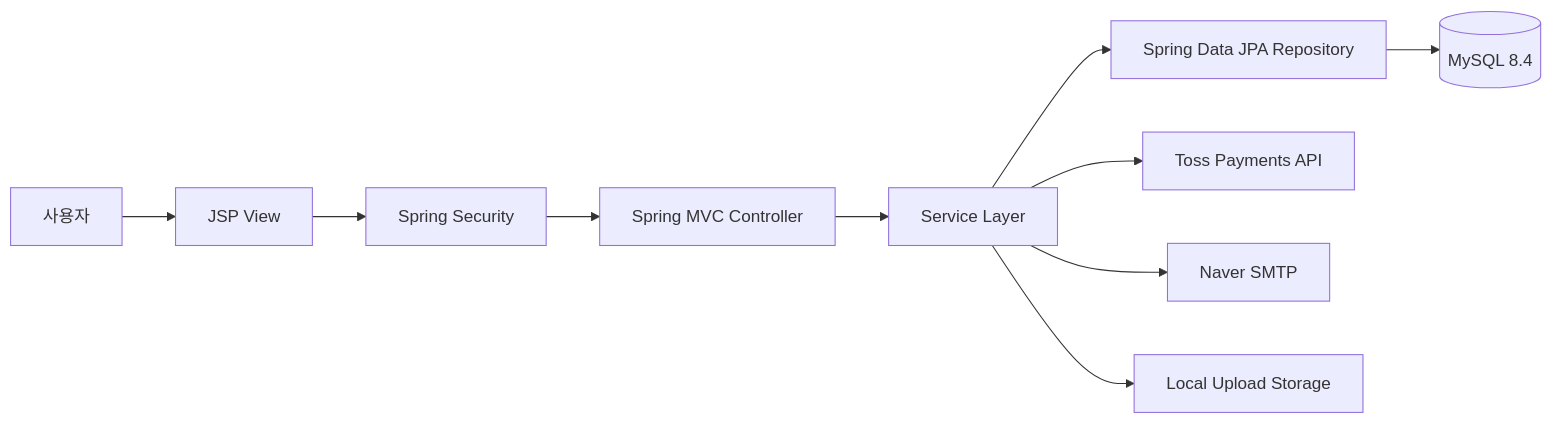
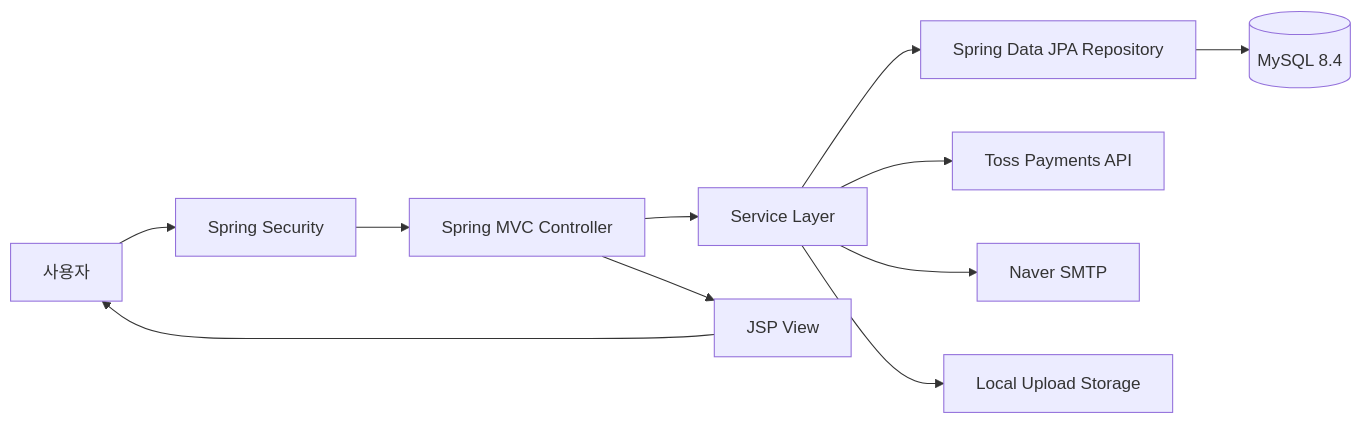
One commit to minwoojoo/CodePressO changed the diagram in README.md. Above: the diagram before and after it, drawn with Mermaid. The commit also changed other lines of this file, not shown here.

Commit message:
[docs] README.md 파일 수정

````diff
--- a/README.md
+++ b/README.md
@@ -279,13 +279,15 @@
 ```mermaid
 flowchart LR
-    User[사용자] --> View[JSP View]
-    View --> Security[Spring Security]
+    User[사용자] --> Security[Spring Security]
     Security --> Controller[Spring MVC Controller]
     Controller --> Service[Service Layer]
     Service --> Repository[Spring Data JPA Repository]
     Repository --> DB[(MySQL 8.4)]
 
     Service --> Toss[Toss Payments API]
     Service --> SMTP[Naver SMTP]
     Service --> Storage[Local Upload Storage]
+
+    Controller --> View[JSP View]
+    View --> User
 ```
````
